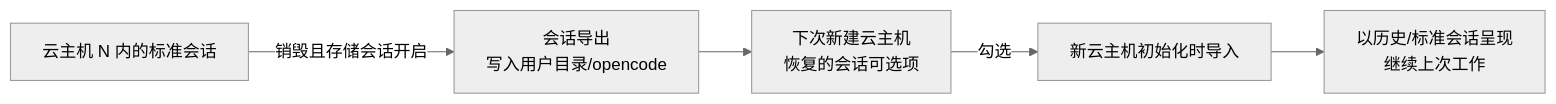
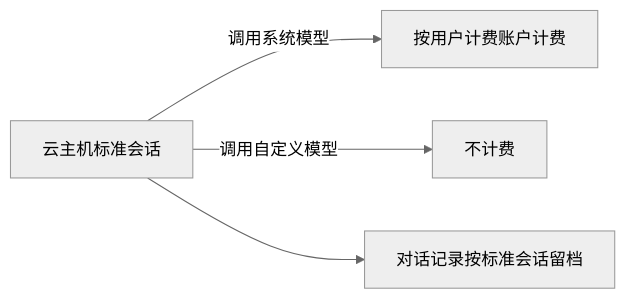
One commit to Deliay/z-agent-gear changed the second of 2 diagrams in docs/product/draft/20261020-container-harness-support.md. Above: the diagram before and after it, drawn with Mermaid (neutral theme). The commit also changed other lines of this file and 3 other files, not shown here.

````diff
--- a/docs/product/draft/20261020-container-harness-support.md
+++ b/docs/product/draft/20261020-container-harness-support.md
@@ -233,7 +189,6 @@
 ```mermaid
 flowchart LR
-    A[云主机 N 内的标准会话] -->|销毁且存储会话开启| B[会话导出<br/>写入用户目录/opencode]
-    B --> C[下次新建云主机<br/>恢复的会话可选项]
-    C -->|勾选| D[新云主机初始化时导入]
-    D --> E[以历史/标准会话呈现<br/>继续上次工作]
+    A[云主机标准会话] -->|调用系统模型| B[按用户计费账户计费]
+    A -->|调用自定义模型| C[不计费]
+    A --> D[对话记录按标准会话留档]
 ```
````
